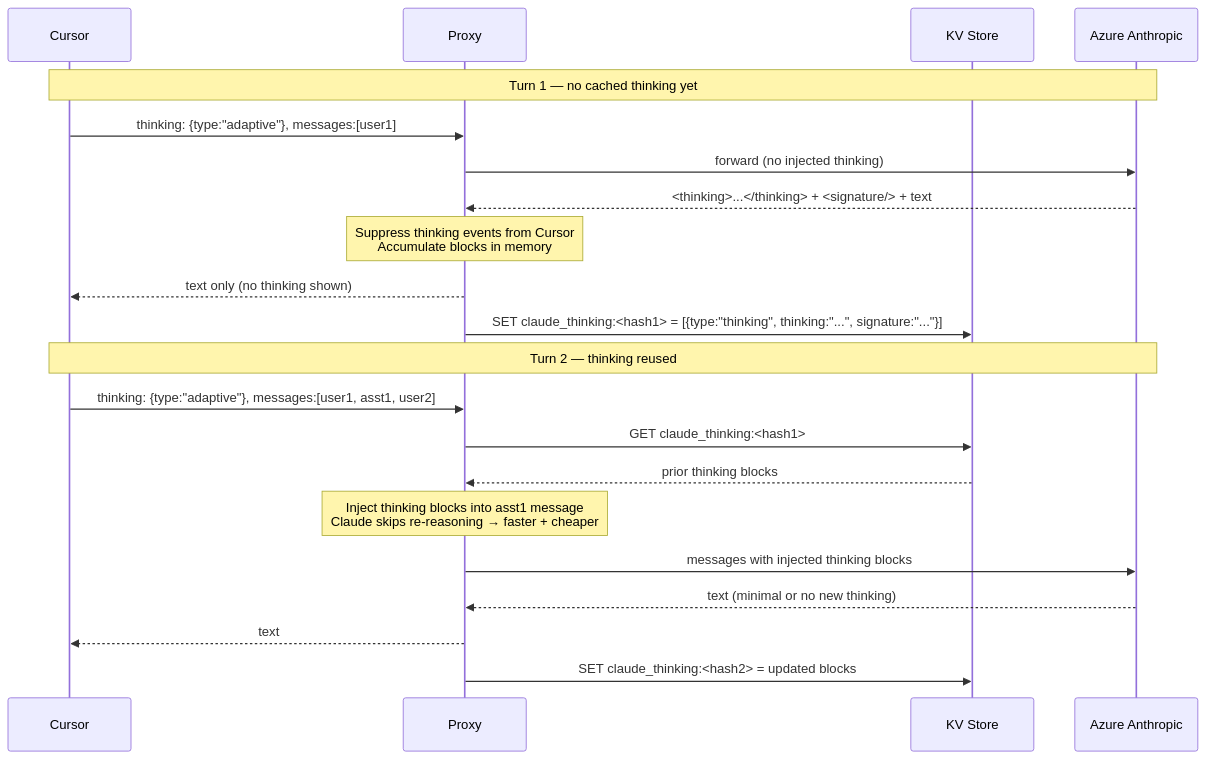
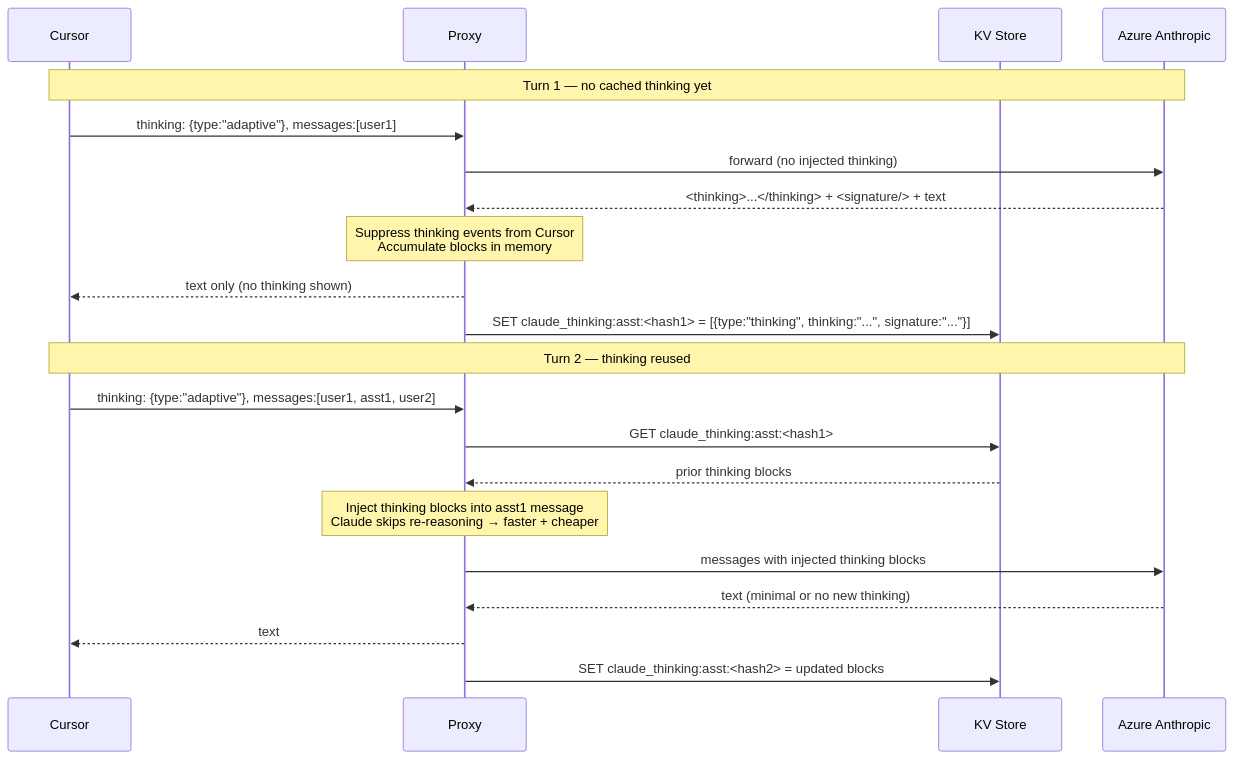
The third of 4 diagrams in doc/azure-anthropic.md (lqdflying/cursorProxy), drawn with Mermaid before and after one commit. The commit also changed other lines of this file and 7 other files, not shown here.

````diff
--- a/doc/azure-anthropic.md
+++ b/doc/azure-anthropic.md
@@ -72,27 +72,27 @@
 ```mermaid
 sequenceDiagram
     participant C as Cursor
     participant P as Proxy
     participant KV as KV Store
     participant AA as Azure Anthropic
 
     Note over C,AA: Turn 1 — no cached thinking yet
 
     C->>P: thinking: {type:"adaptive"}, messages:[user1]
     P->>AA: forward (no injected thinking)
     AA-->>P: <thinking>...</thinking> + <signature/> + text
     Note over P: Suppress thinking events from Cursor<br/>Accumulate blocks in memory
     P-->>C: text only (no thinking shown)
-    P->>KV: SET claude_thinking:<hash1> = [{type:"thinking", thinking:"...", signature:"..."}]
+    P->>KV: SET claude_thinking:asst:<hash1> = [{type:"thinking", thinking:"...", signature:"..."}]
 
     Note over C,AA: Turn 2 — thinking reused
 
     C->>P: thinking: {type:"adaptive"}, messages:[user1, asst1, user2]
-    P->>KV: GET claude_thinking:<hash1>
+    P->>KV: GET claude_thinking:asst:<hash1>
     KV-->>P: prior thinking blocks
     Note over P: Inject thinking blocks into asst1 message<br/>Claude skips re-reasoning → faster + cheaper
     P->>AA: messages with injected thinking blocks
     AA-->>P: text (minimal or no new thinking)
     P-->>C: text
-    P->>KV: SET claude_thinking:<hash2> = updated blocks
+    P->>KV: SET claude_thinking:asst:<hash2> = updated blocks
 ```
````
